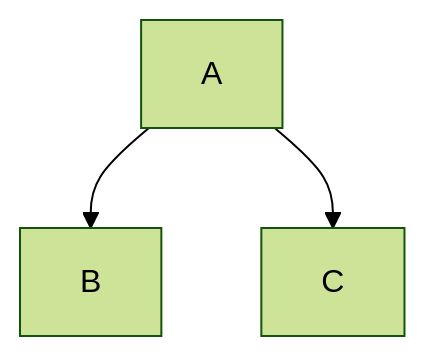
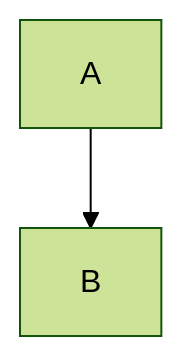
The diagram in test1.md (chanduujjina/JSE_Practice_2025_B1), drawn with Mermaid (forest theme) before and after one commit. The commit also changed other lines of this file, not shown here.

````diff
--- a/test1.md
+++ b/test1.md
@@ -1,6 +5,5 @@
 ```mermaid
 graph TD;
-    A-->B;
-    A-->C
-   
+    A-->B
+    
 ```
````
